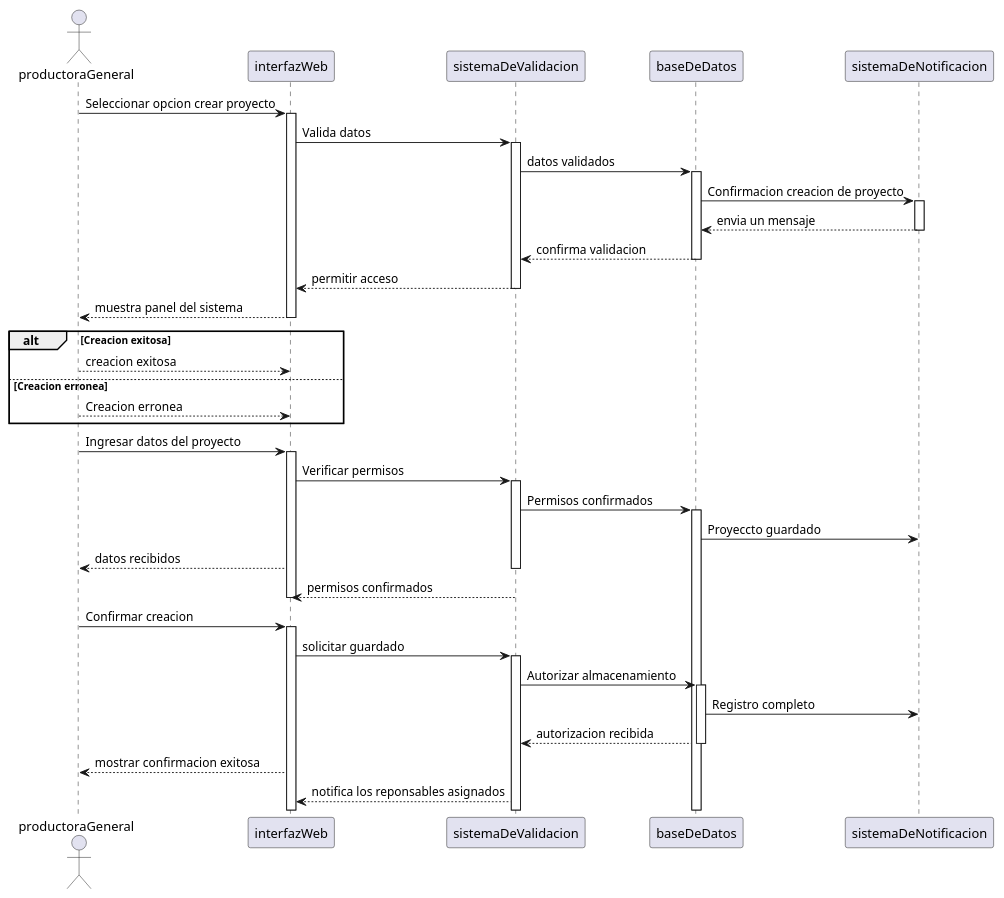
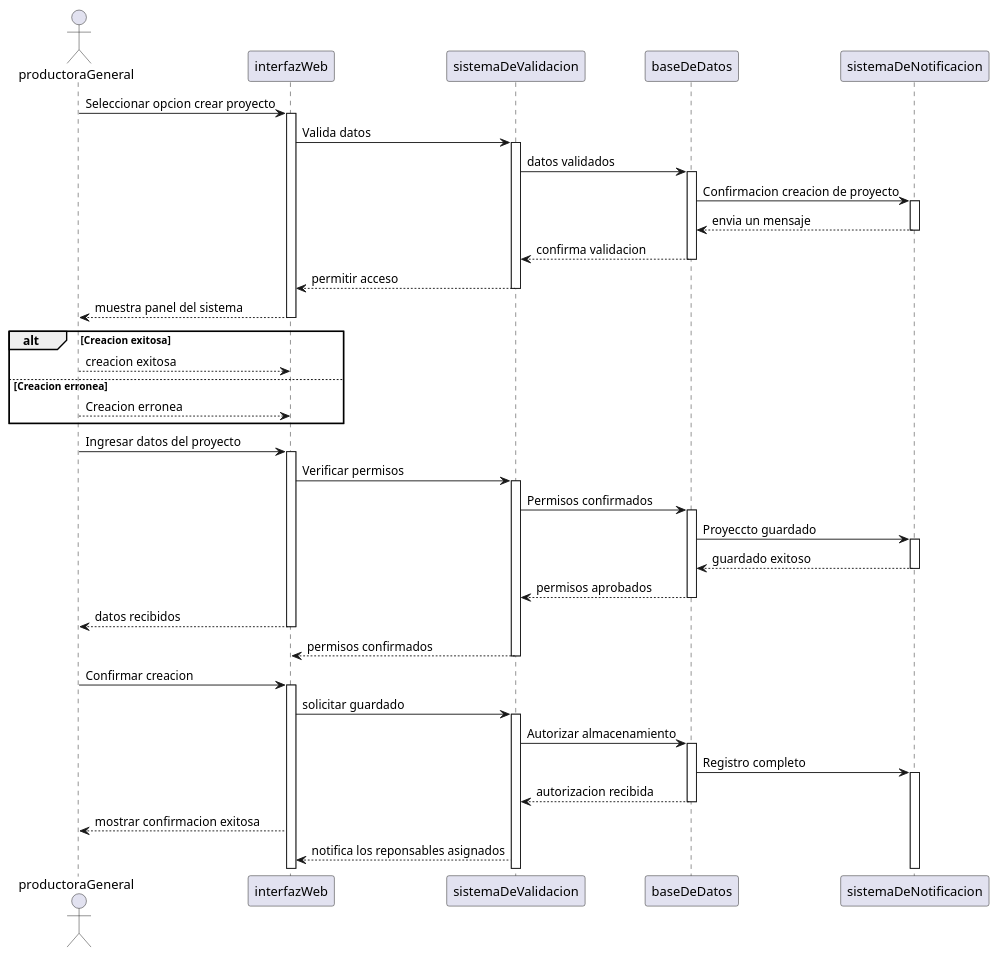
Before and after one commit to 9919-Mili/SistemaProductoraVideos: the diagram in 05-diagrama-secuencia/05-secuencia-creacion-proyecto-creacion-proyecto-exitoso-01.puml, drawn with PlantUML. The commit also changed 4 other files, not shown here.

```diff
--- a/05-diagrama-secuencia/05-secuencia-creacion-proyecto-creacion-proyecto-exitoso-01.puml
+++ b/05-diagrama-secuencia/05-secuencia-creacion-proyecto-creacion-proyecto-exitoso-01.puml
@@ -1,58 +1,64 @@
 @startuml creacion proyecto exitoso 
 actor productoraGeneral
 participant interfazWeb
 participant sistemaDeValidacion
 participant baseDeDatos
 participant sistemaDeNotificacion
 
 productoraGeneral -> interfazWeb: Seleccionar opcion crear proyecto
 activate interfazWeb
 interfazWeb -> sistemaDeValidacion: Valida datos 
 activate sistemaDeValidacion
 sistemaDeValidacion -> baseDeDatos: datos validados
 activate baseDeDatos 
 baseDeDatos -> sistemaDeNotificacion: Confirmacion creacion de proyecto
 activate sistemaDeNotificacion
 sistemaDeNotificacion --> baseDeDatos: envia un mensaje
 deactivate sistemaDeNotificacion
 baseDeDatos --> sistemaDeValidacion: confirma validacion
 deactivate baseDeDatos
 sistemaDeValidacion --> interfazWeb: permitir acceso
 deactivate sistemaDeValidacion
 interfazWeb --> productoraGeneral: muestra panel del sistema
 deactivate interfazWeb
 
 alt Creacion exitosa
     productoraGeneral --> interfazWeb: creacion exitosa
 else Creacion erronea
     productoraGeneral --> interfazWeb: Creacion erronea
     end
 
 
 
 productoraGeneral -> interfazWeb: Ingresar datos del proyecto
 activate interfazWeb
 interfazWeb -> sistemaDeValidacion: Verificar permisos 
 activate sistemaDeValidacion
 sistemaDeValidacion -> baseDeDatos: Permisos confirmados 
 activate baseDeDatos
 baseDeDatos -> sistemaDeNotificacion: Proyeccto guardado
+activate sistemaDeNotificacion
+sistemaDeNotificacion --> baseDeDatos: guardado exitoso 
+deactivate sistemaDeNotificacion
+baseDeDatos --> sistemaDeValidacion: permisos aprobados 
+deactivate baseDeDatos
 interfazWeb --> productoraGeneral: datos recibidos
+deactivate interfazWeb
+sistemaDeValidacion --> interfazWeb: permisos confirmados 
 deactivate sistemaDeValidacion
-sistemaDeValidacion --> interfazWeb: permisos confirmados 
-deactivate interfazWeb
 
 productoraGeneral -> interfazWeb: Confirmar creacion 
 activate interfazWeb
 interfazWeb -> sistemaDeValidacion: solicitar guardado
 activate sistemaDeValidacion
 sistemaDeValidacion -> baseDeDatos: Autorizar almacenamiento 
 activate baseDeDatos
 baseDeDatos -> sistemaDeNotificacion: Registro completo
+activate sistemaDeNotificacion
 baseDeDatos -->sistemaDeValidacion: autorizacion recibida
 deactivate  baseDeDatos
 interfazWeb -->productoraGeneral: mostrar confirmacion exitosa
 sistemaDeValidacion--> interfazWeb:notifica los reponsables asignados
 
 
 @enduml
```
